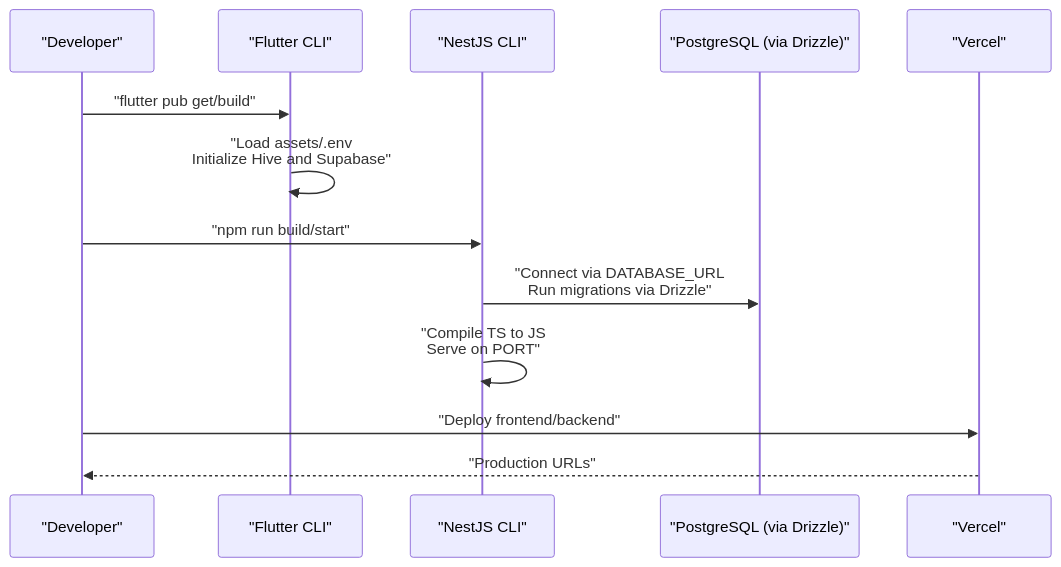
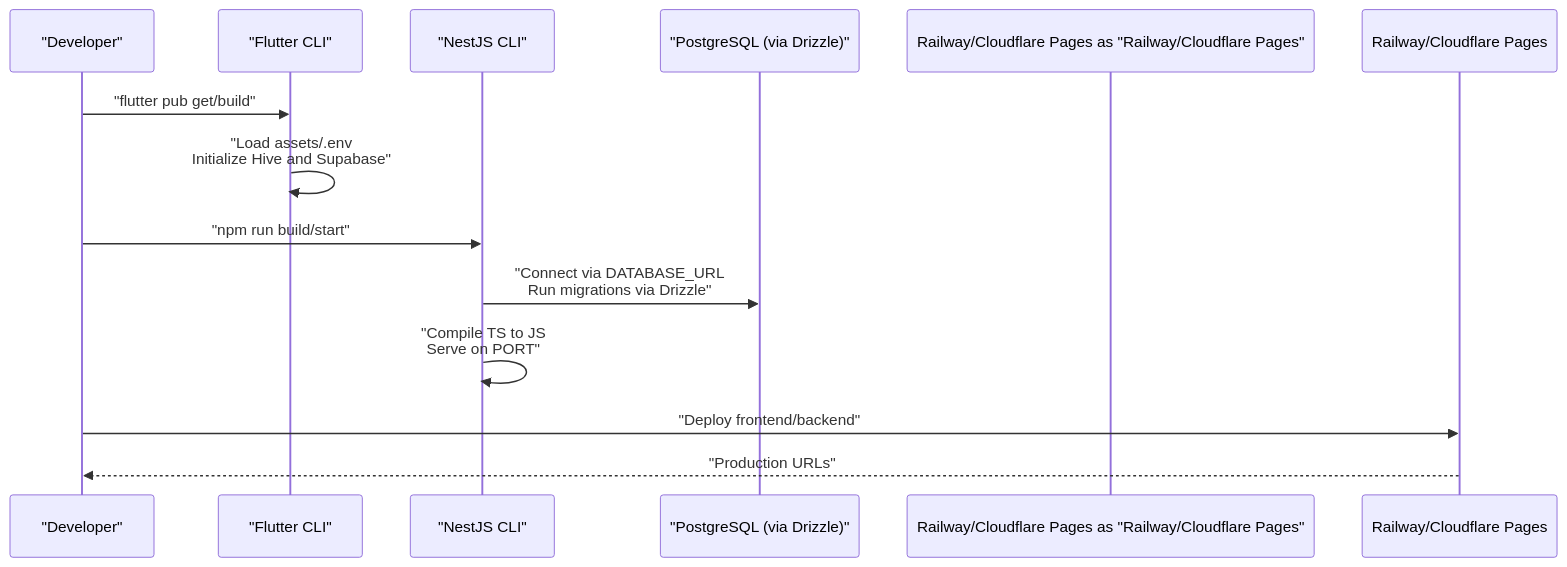
Before and after one commit to ARUNTHOMAS3/trans: the second of 8 diagrams in repowiki/en/content/Deployment & DevOps/Build & Configuration.md, drawn with Mermaid. The commit also changed other lines of this file and 1490 other files, not shown here.

````diff
--- a/repowiki/en/content/Deployment & DevOps/Build & Configuration.md
+++ b/repowiki/en/content/Deployment & DevOps/Build & Configuration.md
@@ -140,15 +140,15 @@
 ```mermaid
 sequenceDiagram
 participant Dev as "Developer"
 participant Flutter as "Flutter CLI"
 participant Backend as "NestJS CLI"
 participant DB as "PostgreSQL (via Drizzle)"
-participant Vercel as "Vercel"
+participant Railway/Cloudflare Pages as "Railway/Cloudflare Pages"
 Dev->>Flutter : "flutter pub get/build"
 Flutter->>Flutter : "Load assets/.env<br/>Initialize Hive and Supabase"
 Dev->>Backend : "npm run build/start"
 Backend->>DB : "Connect via DATABASE_URL<br/>Run migrations via Drizzle"
 Backend->>Backend : "Compile TS to JS<br/>Serve on PORT"
-Dev->>Vercel : "Deploy frontend/backend"
-Vercel-->>Dev : "Production URLs"
+Dev->>Railway/Cloudflare Pages : "Deploy frontend/backend"
+Railway/Cloudflare Pages-->>Dev : "Production URLs"
 ```
````
